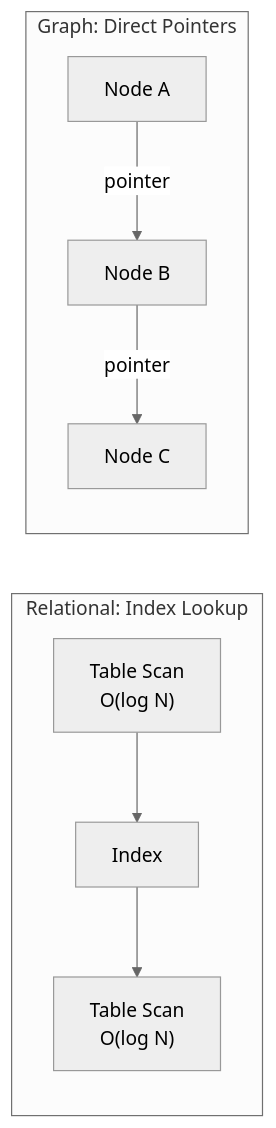
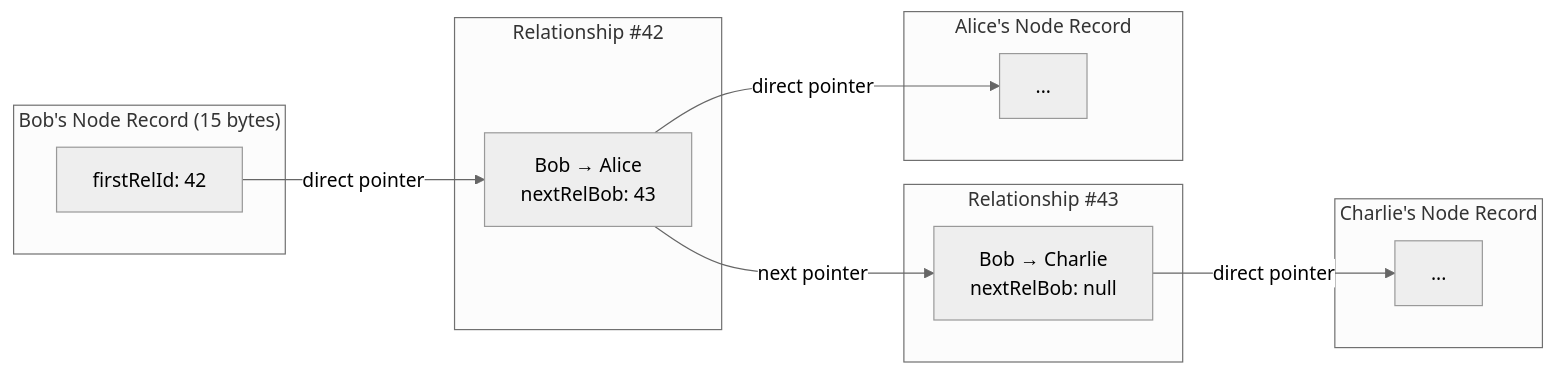
Before and after one commit to gameguild-gg/gameguild: the fourth of 14 diagrams in apps/web/src/data/courses/databases/12-graph-databases/reveal.md, drawn with Mermaid (neutral theme). The commit also changed other lines of this file, not shown here.

````diff
--- a/apps/web/src/data/courses/databases/12-graph-databases/reveal.md
+++ b/apps/web/src/data/courses/databases/12-graph-databases/reveal.md
@@ -259,9 +281,22 @@
 ```mermaid
 flowchart LR
-    subgraph SQL["Relational: Index Lookup"]
-        T1["Table Scan<br/>O(log N)"] --> IX["Index"] --> T2["Table Scan<br/>O(log N)"]
+    subgraph NODE["Bob's Node Record (15 bytes)"]
+        NR["firstRelId: 42"]
     end
-    subgraph GRAPH["Graph: Direct Pointers"]
-        N1["Node A"] -->|"pointer"| N2["Node B"] -->|"pointer"| N3["Node C"]
+    subgraph REL1["Relationship #42"]
+        R1["Bob → Alice<br/>nextRelBob: 43"]
     end
+    subgraph REL2["Relationship #43"]
+        R2["Bob → Charlie<br/>nextRelBob: null"]
+    end
+    subgraph ALICE["Alice's Node Record"]
+        AN["..."]
+    end
+    subgraph CHARLIE["Charlie's Node Record"]
+        CN["..."]
+    end
+    NR -->|"direct pointer"| R1
+    R1 -->|"next pointer"| R2
+    R1 -->|"direct pointer"| AN
+    R2 -->|"direct pointer"| CN
 ```
````
